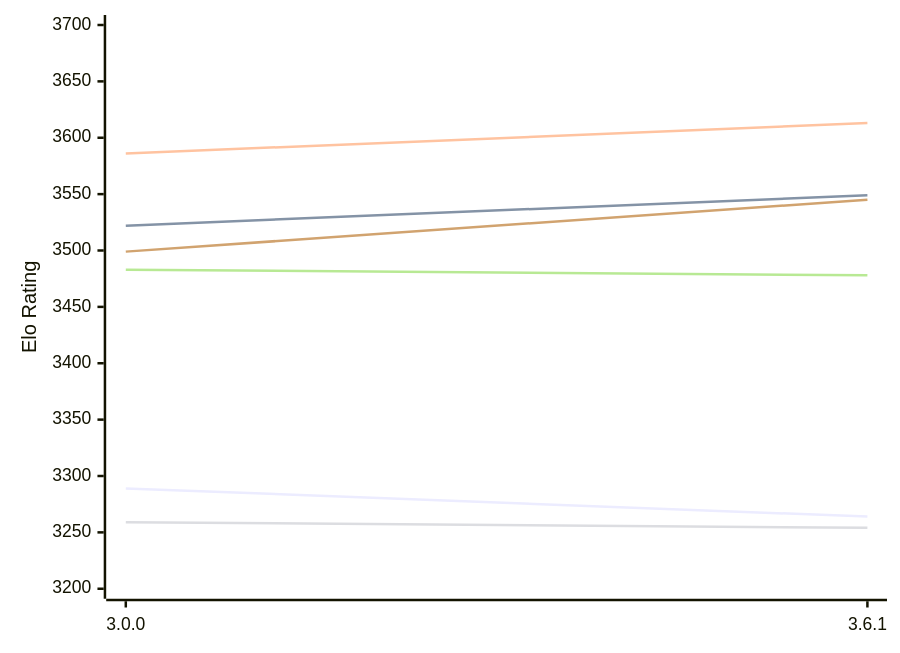
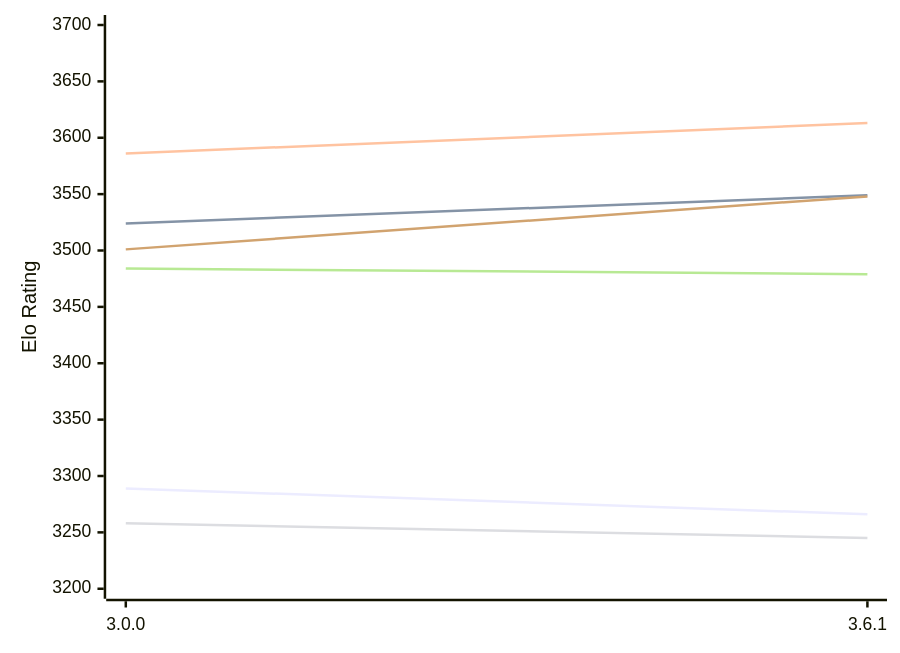
The diagram in engines/Peras.md (computer-chess-index/cci), drawn with Mermaid before and after one commit. The commit also changed other lines of this file, not shown here.

Commit message:
Update CCI Ratings (ELO VLTC) - 2026-11-17

````diff
--- a/engines/Peras.md
+++ b/engines/Peras.md
@@ -49,12 +49,12 @@
 ```mermaid
 %%{init: {"theme":"base","themeVariables":{"seriesColors:['#a3a3a3','#222221','#faa371']}}}%%
 xychart-beta
   x-axis ["3.0.0", "3.6.1"]
   y-axis "Elo Rating" 3200 --> 3700
-  line "E1: STC (8.0+0.08s)" [3289, 3264]
-  line "E1: LTC (60.0+0.60s)" [3522, 3549]
+  line "E1: STC (8.0+0.08s)" [3289, 3266]
+  line "E1: LTC (60.0+0.60s)" [3524, 3549]
   line "E1: VLTC (2m24s+1.12s)" [3586, 3613]
-  line "P1: STC (8.0+0.08s)" [3259, 3254]
-  line "P1: LTC (60.0+0.60s)" [3483, 3478]
-  line "P1: VLTC (2m24s+1.12s)" [3499, 3545]
+  line "P1: STC (8.0+0.08s)" [3258, 3245]
+  line "P1: LTC (60.0+0.60s)" [3484, 3479]
+  line "P1: VLTC (2m24s+1.12s)" [3501, 3548]
 ```
````
